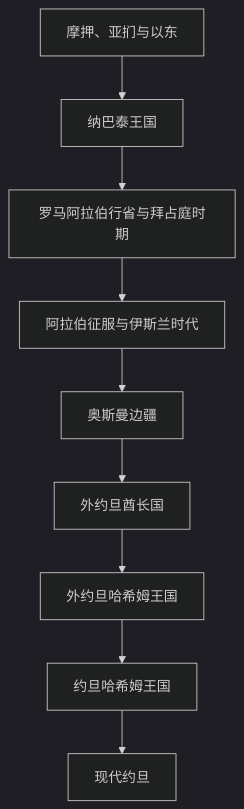
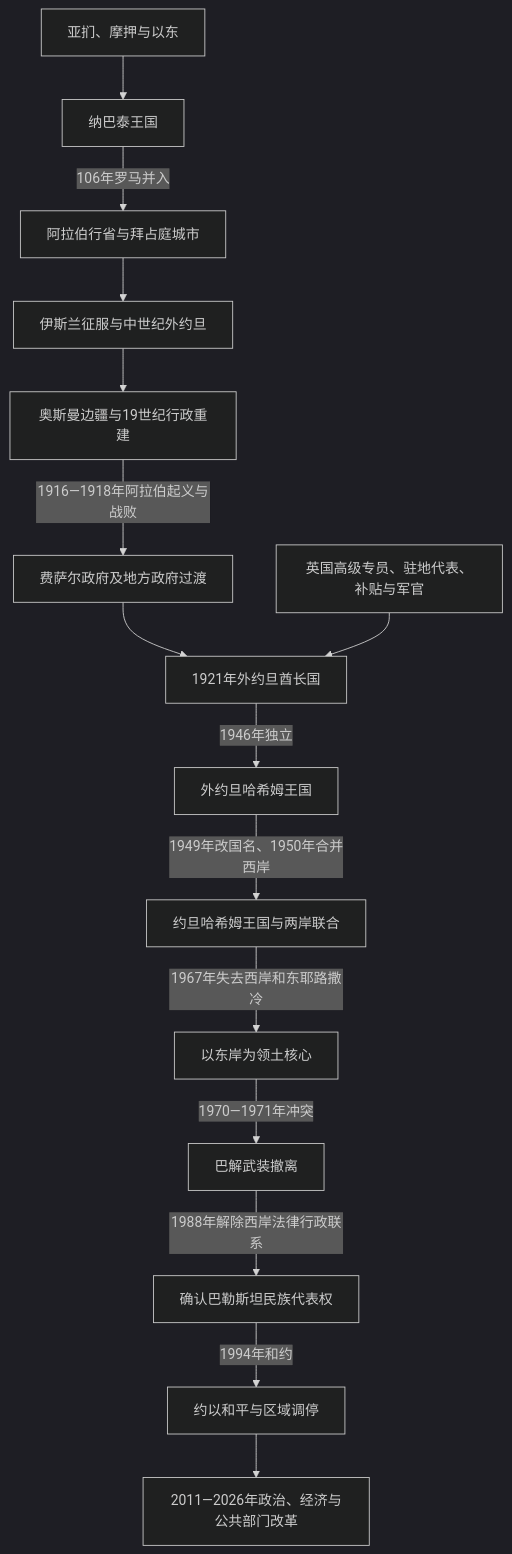
One commit to tianlan-dev/learning-notes changed the diagram in 人文科学/历史/西亚/黎凡特/约旦/README.md. Above: the diagram before and after it, drawn with Mermaid (dark theme). The commit also changed other lines of this file and 1417 other files, not shown here.

````diff
--- a/人文科学/历史/西亚/黎凡特/约旦/README.md
+++ b/人文科学/历史/西亚/黎凡特/约旦/README.md
@@ -15,11 +13,17 @@
 ```mermaid
 flowchart TD
-    Ancient["摩押、亚扪与以东"] --> Nabataea["纳巴泰王国"]
-    Nabataea --> Roman["罗马阿拉伯行省与拜占庭时期"]
-    Roman --> Islamic["阿拉伯征服与伊斯兰时代"]
-    Islamic --> Ottoman["奥斯曼边疆"]
-    Ottoman --> Emirate["外约旦酋长国"]
-    Emirate --> Kingdom["外约旦哈希姆王国"]
-    Kingdom --> Jordan["约旦哈希姆王国"]
-    Jordan --> Contemporary["现代约旦"]
+    Iron["亚扪、摩押与以东"] --> Nabataea["纳巴泰王国"]
+    Nabataea -->|106年罗马并入| Roman["阿拉伯行省与拜占庭城市"]
+    Roman --> Islamic["伊斯兰征服与中世纪外约旦"]
+    Islamic --> Ottoman["奥斯曼边疆与19世纪行政重建"]
+    Ottoman -->|1916—1918年阿拉伯起义与战败| Local["费萨尔政府及地方政府过渡"]
+    Local --> Emirate["1921年外约旦酋长国"]
+    British["英国高级专员、驻地代表、补贴与军官"] --> Emirate
+    Emirate -->|1946年独立| Kingdom["外约旦哈希姆王国"]
+    Kingdom -->|1949年改国名、1950年合并西岸| Union["约旦哈希姆王国与两岸联合"]
+    Union -->|1967年失去西岸和东耶路撒冷| EastBank["以东岸为领土核心"]
+    EastBank -->|1970—1971年冲突| StateControl["巴解武装撤离"]
+    StateControl -->|1988年解除西岸法律行政联系| Disengage["确认巴勒斯坦民族代表权"]
+    Disengage -->|1994年和约| Peace["约以和平与区域调停"]
+    Peace --> Reform["2011—2026年政治、经济与公共部门改革"]
 ```
````
